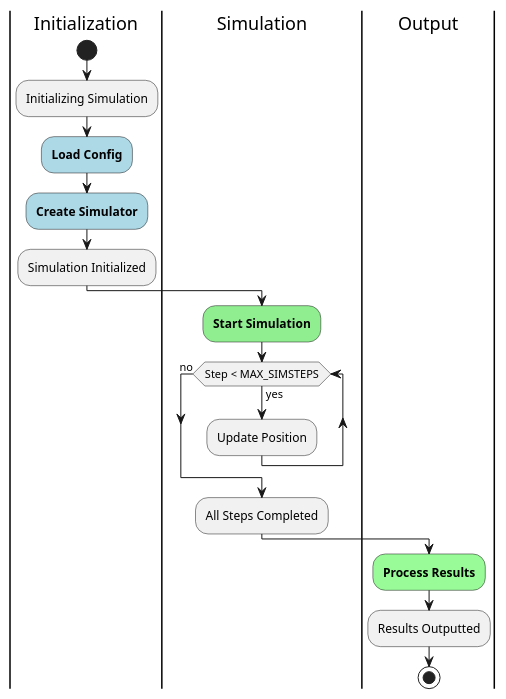
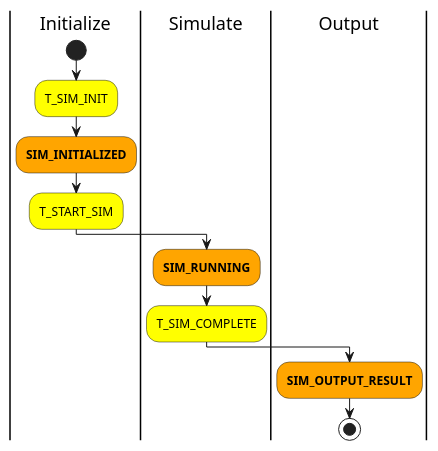
One commit to katanallama/projectile-simulation-suite changed the first of 2 diagrams in docs/res/testing.org. Above: the diagram before and after it, drawn with PlantUML. The commit also changed other lines of this file and 3 other files, not shown here.

```diff
--- a/docs/res/testing.org
+++ b/docs/res/testing.org
@@ -137,22 +356,17 @@
-#+begin_src plantuml :file fsm.png
+#+begin_src plantuml :file basic-fsm.png
 @startuml
-|Initialization|
+|Initialize|
 start
-:Initializing Simulation;
-#lightblue:**Load Config**;
-#lightblue:**Create Simulator**;
-:Simulation Initialized;
+#yellow:T_SIM_INIT;
+#orange:**SIM_INITIALIZED**;
+#yellow:T_START_SIM;
 
-|Simulation|
-#lightgreen:**Start Simulation**;
-while (Step < MAX_SIMSTEPS) is (yes)
-  :Update Position;
-endwhile (no)
-:All Steps Completed;
+|Simulate|
+#orange:**SIM_RUNNING**;
+#yellow:T_SIM_COMPLETE;
 
 |Output|
-#palegreen:**Process Results**;
-:Results Outputted;
+#orange:**SIM_OUTPUT_RESULT**;
 stop
 @enduml
 #+end_src
```
